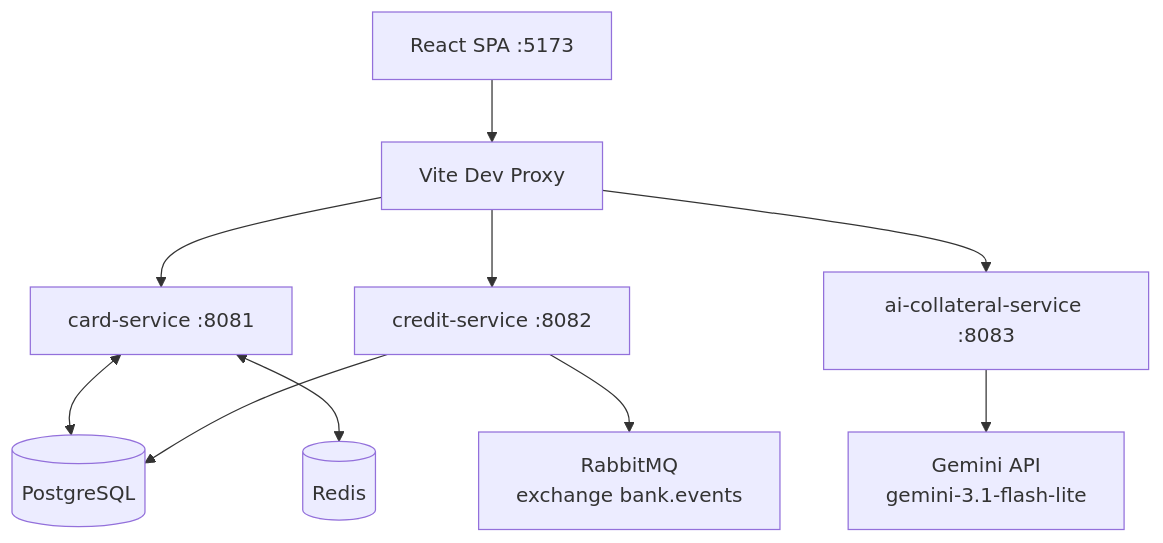
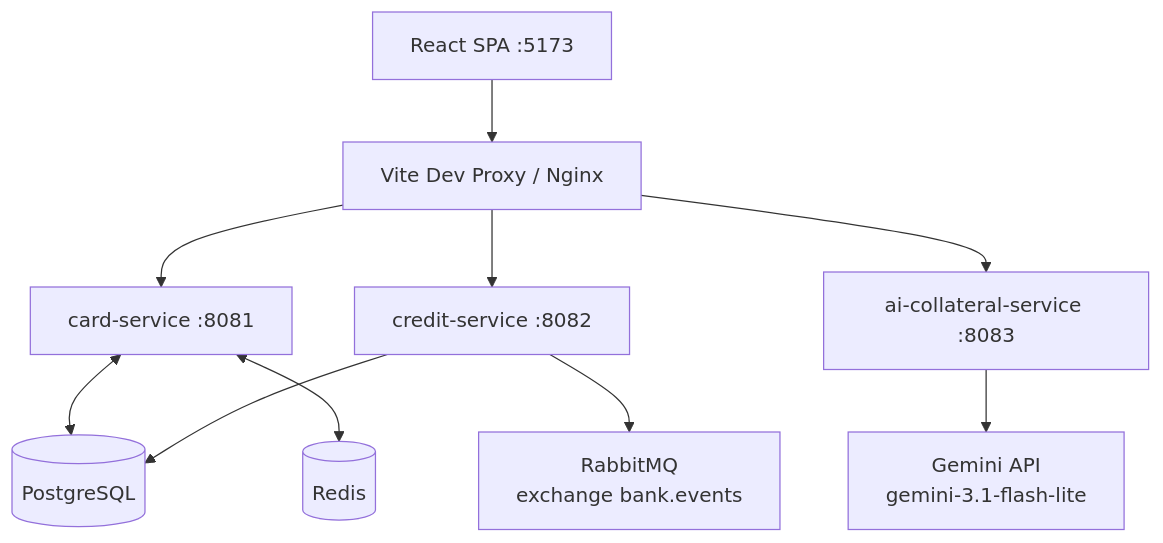
The diagram in README.md (rimiray/bank-app-demo), drawn with Mermaid before and after one commit. The commit also changed other lines of this file and 21 other files, not shown here.

````diff
--- a/README.md
+++ b/README.md
@@ -11,22 +11,22 @@
 ```mermaid
 flowchart TD
   SPA["React SPA :5173"]
-  Proxy["Vite Dev Proxy"]
+  Proxy["Vite Dev Proxy / Nginx"]
   Card["card-service :8081"]
   Credit["credit-service :8082"]
   AI["ai-collateral-service :8083"]
   PG[("PostgreSQL")]
   Redis[("Redis")]
   MQ["RabbitMQ<br/>exchange bank.events"]
   Gemini["Gemini API<br/>gemini-3.1-flash-lite"]
 
   SPA --> Proxy
   Proxy --> Card
   Proxy --> Credit
   Proxy --> AI
   Card <--> PG
   Card <--> Redis
   Credit --> PG
   Credit --> MQ
   AI --> Gemini
 ```
````
